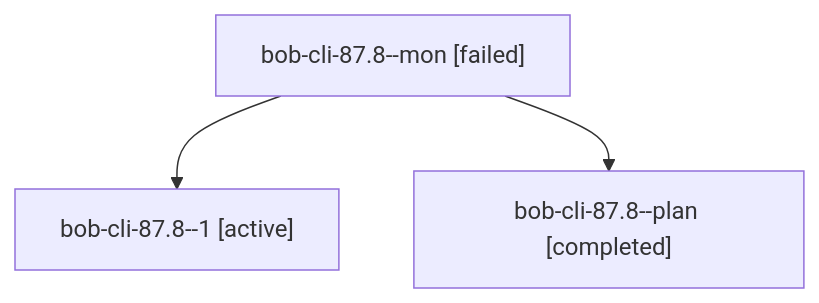
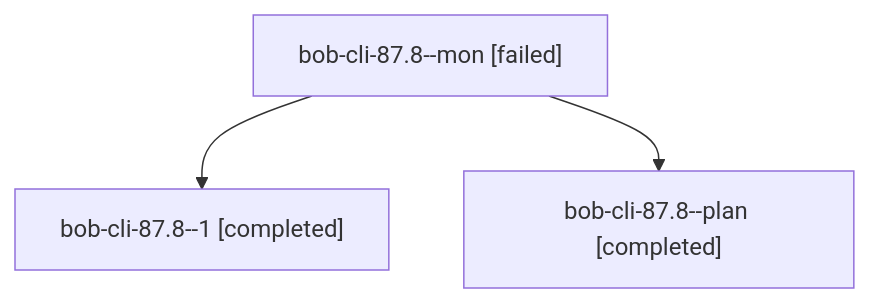
The diagram in sessions/bbugyi200.athena.bob-cli-87.8.md (bobs-org/bob-cli--agents), drawn with Mermaid before and after one commit. The commit also changed other lines of this file and 128 other files, not shown here.

````diff
--- a/sessions/bbugyi200.athena.bob-cli-87.8.md
+++ b/sessions/bbugyi200.athena.bob-cli-87.8.md
@@ -9,8 +9,8 @@
 ```mermaid
 flowchart TD
   n0["bob-cli-87.8--mon [failed]"]
-  n1["bob-cli-87.8--1 [active]"]
+  n1["bob-cli-87.8--1 [completed]"]
   n0 --> n1
   n2["bob-cli-87.8--plan [completed]"]
   n0 --> n2
 ```
````
